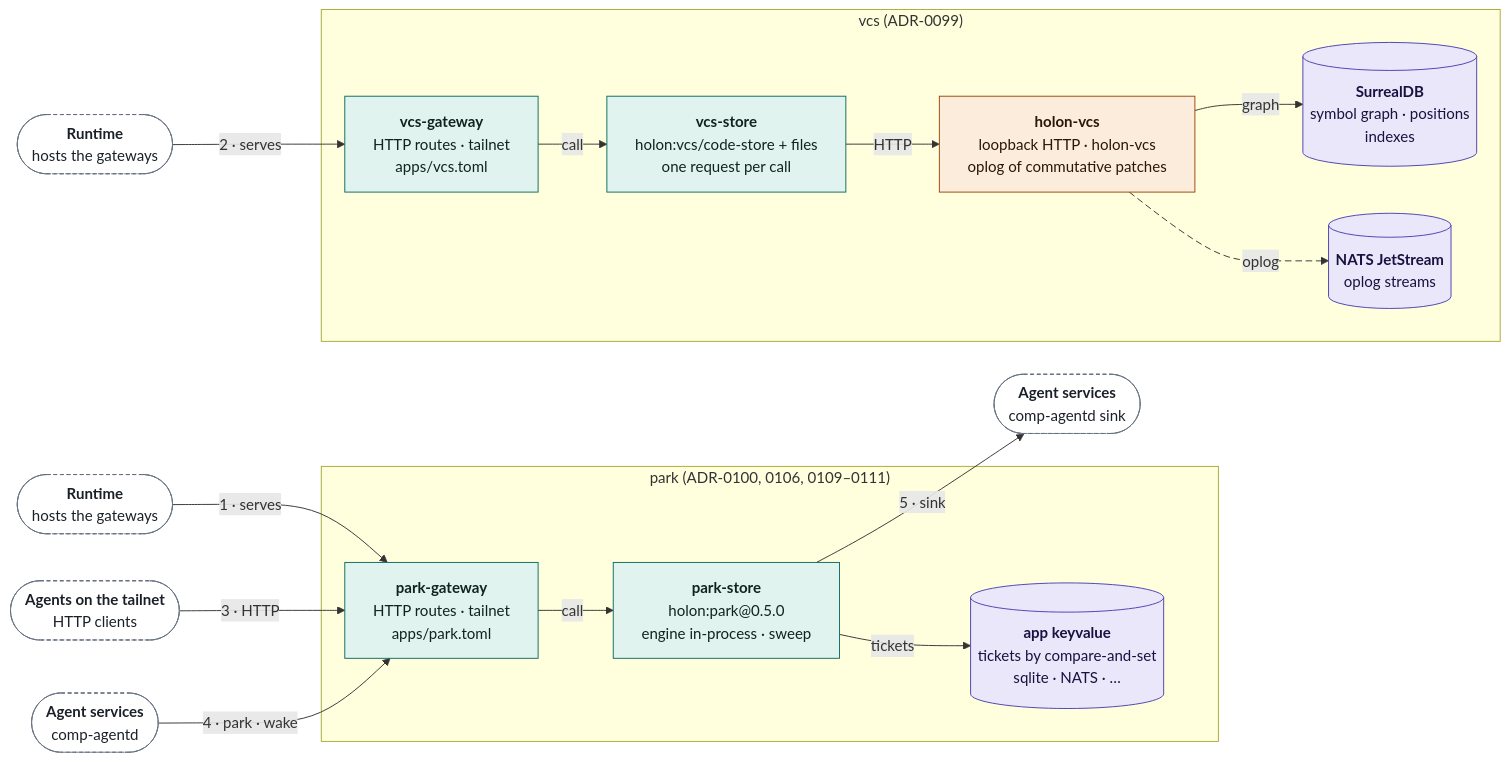
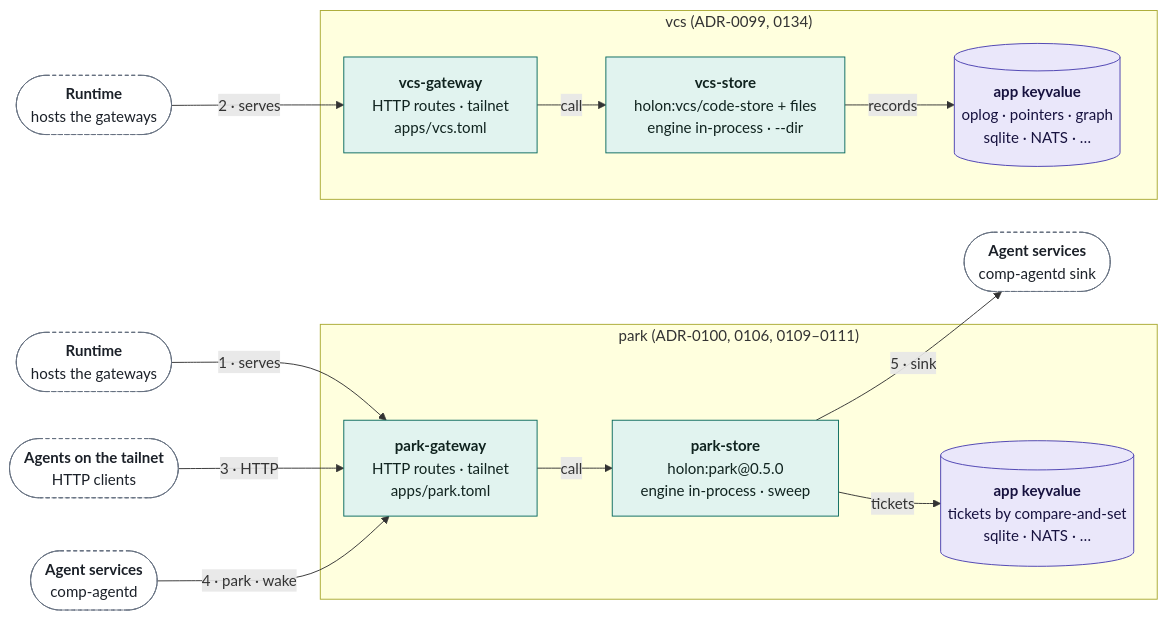
The seventh of 11 diagrams in docs/ARCHITECTURE.md (markkovari/holon), drawn with Mermaid before and after one commit. The commit also changed other lines of this file and 50 other files, not shown here.

First line of the commit message:
feat(vcs): the code store is a component — vcs-store runs the engine on the app's keyvalue, comp-vcs is deleted (#540)

````diff
--- a/docs/ARCHITECTURE.md
+++ b/docs/ARCHITECTURE.md
@@ -463,40 +463,35 @@
 ```mermaid
 %%{init: {"flowchart": {"wrappingWidth": 360}}}%%
 flowchart LR
   classDef wasm fill:#e1f3ef,stroke:#0a6a5f,color:#10231f
   classDef native fill:#fbecdc,stroke:#954709,color:#2b1704
   classDef store fill:#eae7fa,stroke:#4a3fb0,color:#17123f
   classDef actor fill:#e4ebf7,stroke:#2a4977,color:#0f1d33
   classDef spec fill:#eef1f5,stroke:#465160,color:#1b2028
   classDef ext fill:#ffffff,stroke:#667180,color:#1b2028,stroke-dasharray:5 4
   classDef ghost fill:#ffffff,stroke:#667180,color:#1b2028,stroke-dasharray:4 3
   subgraph grp_park["park (ADR-0100, 0106, 0109–0111)"]
     n_pgw["<b>park-gateway</b><br/>HTTP routes · tailnet<br/>apps/park.toml"]:::wasm
     n_pst["<b>park-store</b><br/>holon:park@0.5.0<br/>engine in-process · sweep"]:::wasm
     n_ptk[("<b>app keyvalue</b><br/>tickets by compare-and-set<br/>sqlite · NATS · …")]:::store
   end
-  subgraph grp_vcs["vcs (ADR-0099)"]
+  subgraph grp_vcs["vcs (ADR-0099, 0134)"]
     n_vgw["<b>vcs-gateway</b><br/>HTTP routes · tailnet<br/>apps/vcs.toml"]:::wasm
-    n_vst["<b>vcs-store</b><br/>holon:vcs/code-store + files<br/>one request per call"]:::wasm
-    n_vvcs["<b>holon-vcs</b><br/>loopback HTTP · holon-vcs<br/>oplog of commutative patches"]:::native
-    n_vsur[("<b>SurrealDB</b><br/>symbol graph · positions<br/>indexes")]:::store
-    n_vlog[("<b>NATS JetStream</b><br/>oplog streams")]:::store
+    n_vst["<b>vcs-store</b><br/>holon:vcs/code-store + files<br/>engine in-process · --dir"]:::wasm
+    n_vkv[("<b>app keyvalue</b><br/>oplog · pointers · graph<br/>sqlite · NATS · …")]:::store
   end
   n_g_run(["<b>Runtime</b><br/>hosts the gateways"]):::ghost
   n_g_run2(["<b>Runtime</b><br/>hosts the gateways"]):::ghost
   n_g_cl(["<b>Agents on the tailnet</b><br/>HTTP clients"]):::ghost
   n_g_ag1(["<b>Agent services</b><br/>comp-agentd"]):::ghost
   n_g_ag2(["<b>Agent services</b><br/>comp-agentd sink"]):::ghost
   n_pgw -- "call" --> n_pst
   n_pst -- "tickets" --> n_ptk
   n_vgw -- "call" --> n_vst
-  n_vst -- "HTTP" --> n_vvcs
-  n_vvcs -- "oplog" --> n_vlog
-  n_vvcs -- "graph" --> n_vsur
+  n_vst -- "records" --> n_vkv
   n_g_run -- "1 · serves" --> n_pgw
   n_g_run2 -- "2 · serves" --> n_vgw
   n_g_cl -- "3 · HTTP" --> n_pgw
   n_g_ag1 -- "4 · park · wake" --> n_pgw
   n_pst -- "5 · sink" --> n_g_ag2
-  linkStyle 4 stroke-dasharray:7 4
 ```
````
